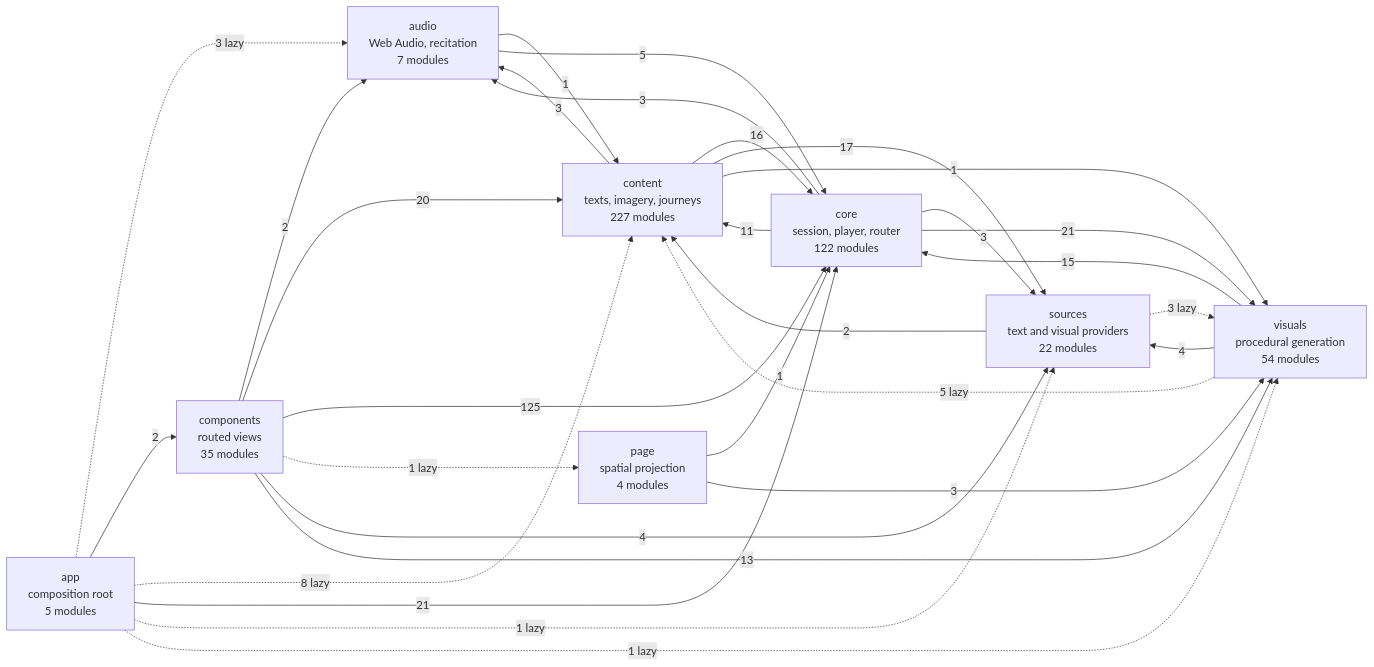
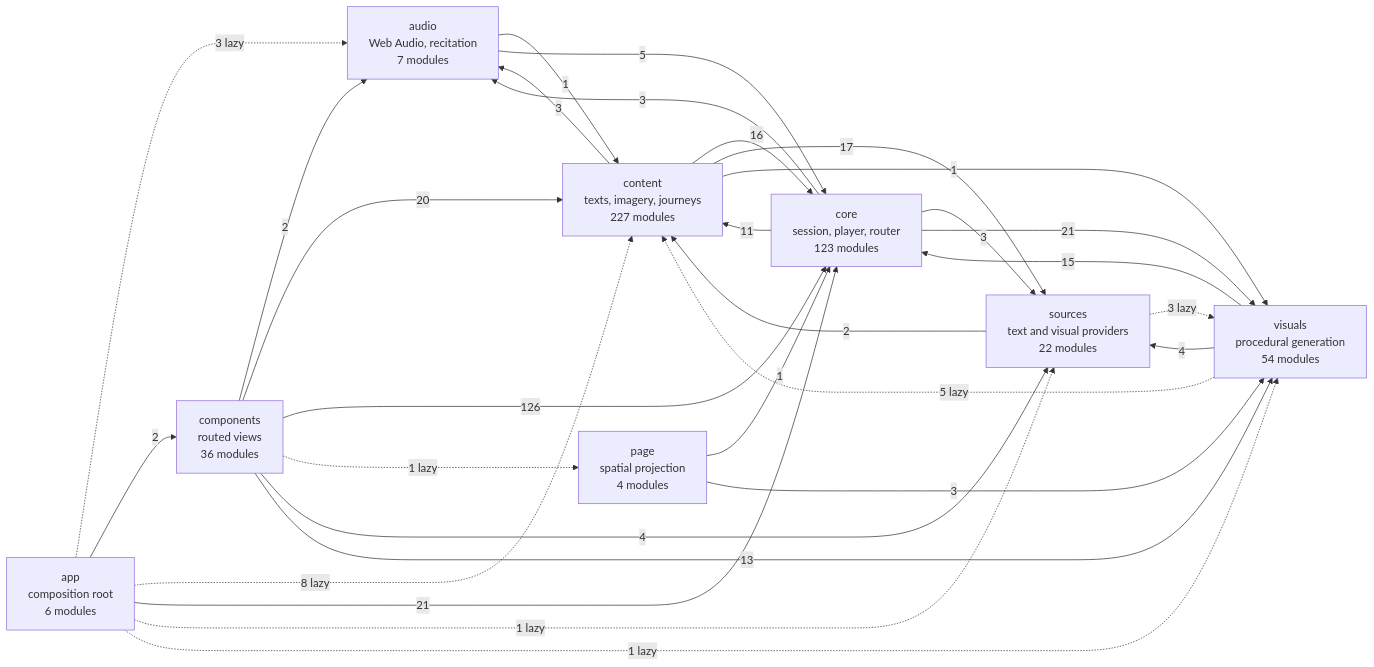
Before and after one commit to SyberLabs/RISE: the diagram in docs/specs/ARCHITECTURE.md, drawn with Mermaid. The commit also changed 14 other files, not shown here.

````diff
--- a/docs/specs/ARCHITECTURE.md
+++ b/docs/specs/ARCHITECTURE.md
@@ -149,41 +149,41 @@
 ```mermaid
 flowchart LR
-    app["app<br/>composition root<br/>5 modules"]
+    app["app<br/>composition root<br/>6 modules"]
     audio["audio<br/>Web Audio, recitation<br/>7 modules"]
-    components["components<br/>routed views<br/>35 modules"]
+    components["components<br/>routed views<br/>36 modules"]
     content["content<br/>texts, imagery, journeys<br/>227 modules"]
-    core["core<br/>session, player, router<br/>122 modules"]
+    core["core<br/>session, player, router<br/>123 modules"]
     page["page<br/>spatial projection<br/>4 modules"]
     sources["sources<br/>text and visual providers<br/>22 modules"]
     visuals["visuals<br/>procedural generation<br/>54 modules"]
 
     app -.-> |3 lazy| audio
     app --> |2| components
     app -.-> |8 lazy| content
     app --> |21| core
     app -.-> |1 lazy| sources
     app -.-> |1 lazy| visuals
     audio --> |1| content
     audio --> |5| core
     components --> |2| audio
     components --> |20| content
-    components --> |125| core
+    components --> |126| core
     components -.-> |1 lazy| page
     components --> |4| sources
     components --> |13| visuals
     content --> |3| audio
     content --> |16| core
     content --> |17| sources
     content --> |1| visuals
     core --> |3| audio
     core --> |11| content
     core --> |3| sources
     core --> |21| visuals
     page --> |1| core
     page --> |3| visuals
     sources --> |2| content
     sources -.-> |3 lazy| visuals
     visuals -.-> |5 lazy| content
     visuals --> |15| core
     visuals --> |4| sources
 ```
````
